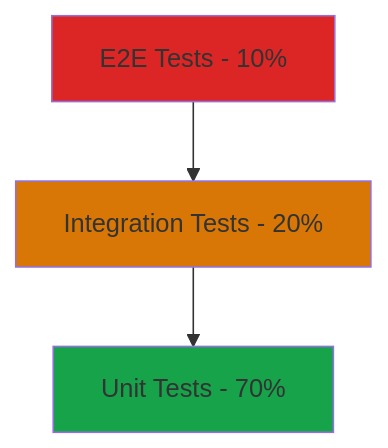
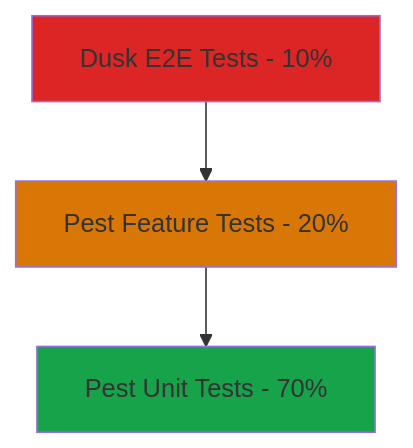
One commit to alharbib902-del/technical-handover changed the second of 4 diagrams in مسودات-الوكلاء/الجزء-04-معايير-التطوير.md. Above: the diagram before and after it, drawn with Mermaid. The commit also changed other lines of this file and 22 other files, not shown here.

````diff
--- a/مسودات-الوكلاء/الجزء-04-معايير-التطوير.md
+++ b/مسودات-الوكلاء/الجزء-04-معايير-التطوير.md
@@ -1192,8 +1387,8 @@
 ```mermaid
 graph TB
-    A[E2E Tests - 10%] --> B[Integration Tests - 20%]
-    B --> C[Unit Tests - 70%]
+    A[Dusk E2E Tests - 10%] --> B[Pest Feature Tests - 20%]
+    B --> C[Pest Unit Tests - 70%]
     style A fill:#dc2626
     style B fill:#d97706
     style C fill:#16a34a
 ```
````
